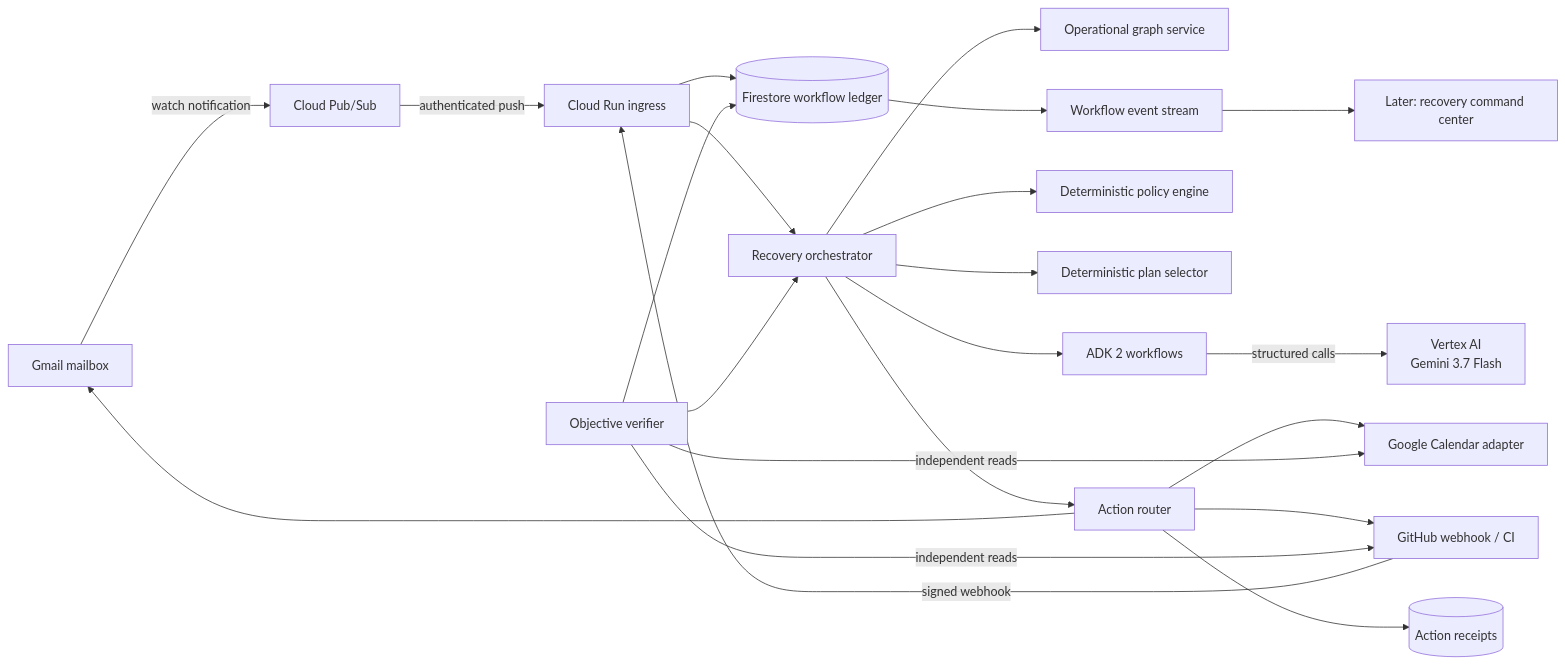
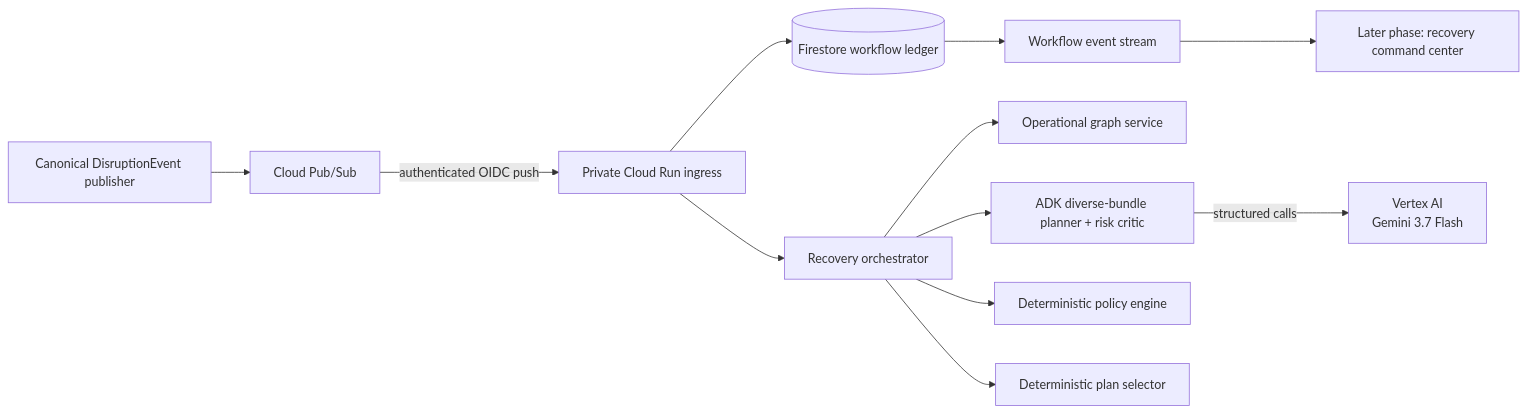
One commit to Rex123-hash/Reflow changed the first of 2 diagrams in docs/architecture.md. Above: the diagram before and after it, drawn with Mermaid. The commit also changed other lines of this file and 38 other files, not shown here.

````diff
--- a/docs/architecture.md
+++ b/docs/architecture.md
@@ -9,28 +9,15 @@
 ```mermaid
 flowchart LR
-    Gmail[Gmail mailbox] -->|watch notification| PubSub[Cloud Pub/Sub]
-    GitHub[GitHub webhook / CI] -->|signed webhook| Ingress[Cloud Run ingress]
-    PubSub -->|authenticated push| Ingress
+    Publisher[Canonical DisruptionEvent publisher] --> PubSub[Cloud Pub/Sub]
+    PubSub -->|authenticated OIDC push| Ingress[Private Cloud Run ingress]
     Ingress --> Ledger[(Firestore workflow ledger)]
     Ingress --> Orchestrator[Recovery orchestrator]
 
     Orchestrator --> Graph[Operational graph service]
-    Orchestrator --> Agents[ADK 2 workflows]
+    Orchestrator --> Agents[ADK diverse-bundle planner + risk critic]
     Agents -->|structured calls| Gemini[Vertex AI\nGemini 3.7 Flash]
     Orchestrator --> Policy[Deterministic policy engine]
     Orchestrator --> Selector[Deterministic plan selector]
-    Orchestrator --> Router[Action router]
-
-    Router --> Calendar[Google Calendar adapter]
-    Router --> GitHub
-    Router --> Gmail
-    Router --> Receipts[(Action receipts)]
-
-    Verifier[Objective verifier] -->|independent reads| Calendar
-    Verifier -->|independent reads| GitHub
-    Verifier --> Ledger
-    Verifier --> Orchestrator
-
     Ledger --> Events[Workflow event stream]
-    Events --> UI[Later: recovery command center]
+    Events --> FutureUI[Later phase: recovery command center]
 ```
````
